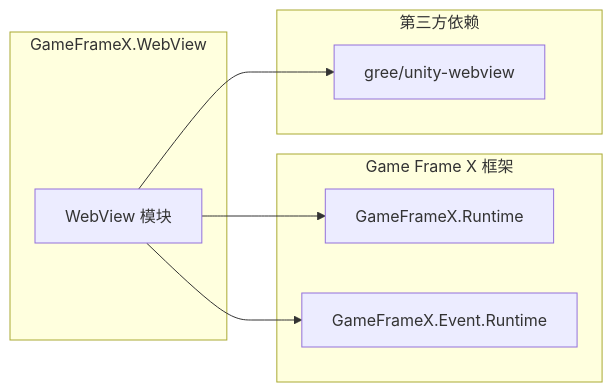
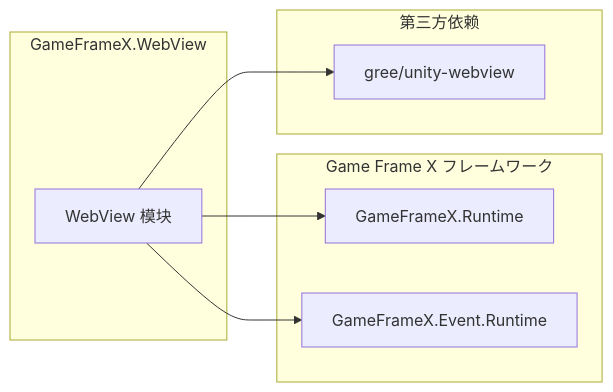
The third of 3 diagrams in docs/ja/client/unity/component/webview/01.overview.md (AlianBlank/GameFrameX.Docs), drawn with Mermaid before and after one commit. The commit also changed other lines of this file and 603 other files, not shown here.

````diff
--- a/docs/ja/client/unity/component/webview/01.overview.md
+++ b/docs/ja/client/unity/component/webview/01.overview.md
@@ -143,19 +143,19 @@
 ```mermaid
 flowchart LR
     subgraph 本模块["GameFrameX.WebView"]
         WebView["WebView 模块"]
     end
 
-    subgraph 框架依赖["Game Frame X 框架"]
+    subgraph フレームワーク依存["Game Frame X フレームワーク"]
         Runtime["GameFrameX.Runtime"]
         Event["GameFrameX.Event.Runtime"]
     end
 
     subgraph 第三方依赖["第三方依赖"]
         UnityWebView["gree/unity-webview"]
     end
 
     WebView --> Runtime
     WebView --> Event
     WebView --> UnityWebView
 ```
````
